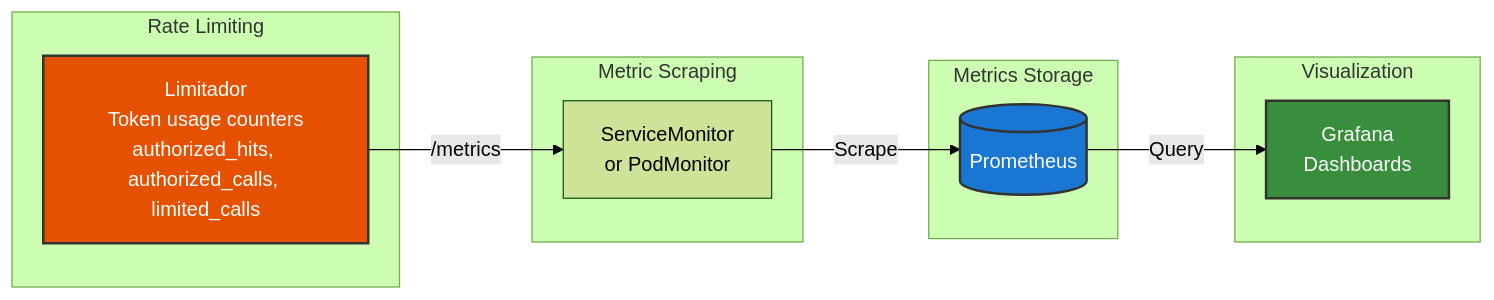
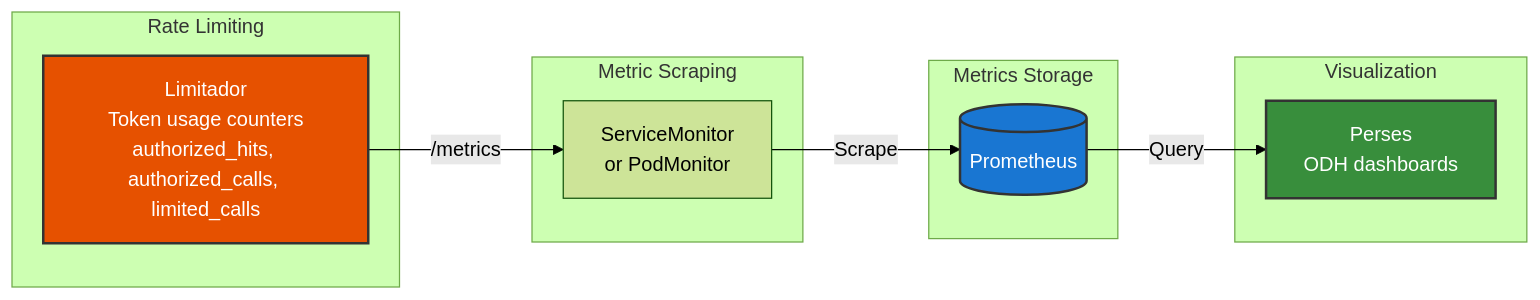
One commit to opendatahub-io/models-as-a-service changed the fifth of 7 diagrams in docs/content/concepts/architecture.md. Above: the diagram before and after it, drawn with Mermaid (forest theme). The commit also changed other lines of this file and 15 other files, not shown here.

````diff
--- a/docs/content/concepts/architecture.md
+++ b/docs/content/concepts/architecture.md
@@ -268,26 +268,26 @@
 ```mermaid
 graph LR
     subgraph RateLimiting["Rate Limiting"]
         Limitador[Limitador<br/>Token usage counters<br/>authorized_hits, authorized_calls, limited_calls]
     end
     
     subgraph Scraping["Metric Scraping"]
         SM[ServiceMonitor<br/>or PodMonitor]
     end
     
     subgraph Storage["Metrics Storage"]
         Prometheus[(Prometheus)]
     end
     
     subgraph Visualization["Visualization"]
-        Grafana[Grafana<br/>Dashboards]
+        Perses[Perses<br/>ODH dashboards]
     end
     
     Limitador -->|"/metrics"| SM
     SM -->|"Scrape"| Prometheus
-    Prometheus -->|"Query"| Grafana
+    Prometheus -->|"Query"| Perses
     
     style Limitador fill:#e65100,stroke:#333,stroke-width:2px,color:#fff
     style Prometheus fill:#1976d2,stroke:#333,stroke-width:2px,color:#fff
-    style Grafana fill:#388e3c,stroke:#333,stroke-width:2px,color:#fff
+    style Perses fill:#388e3c,stroke:#333,stroke-width:2px,color:#fff
 ```
````
